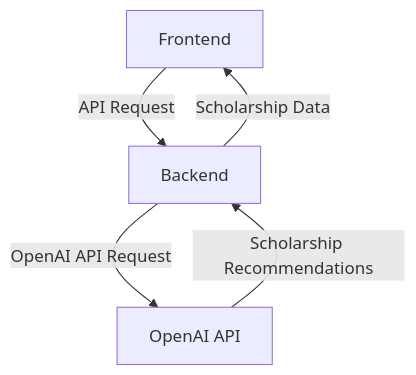
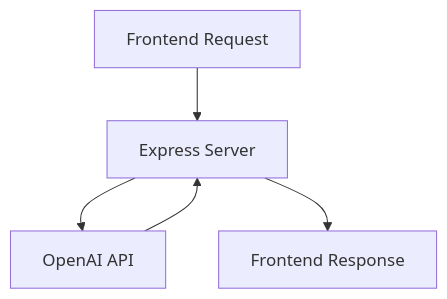
One commit to agattani123/Fast-Fa changed the third of 6 diagrams in wiki/Overview/Introduction.md. Above: the diagram before and after it, drawn with Mermaid. The commit also changed other lines of this file and 7 other files, not shown here.

````diff
--- a/wiki/Overview/Introduction.md
+++ b/wiki/Overview/Introduction.md
@@ -38,7 +50,7 @@
 ```mermaid
 graph TD
-    A[Frontend] -->|API Request| B[Backend]
-    B -->|OpenAI API Request| C[OpenAI API]
-    C -->|Scholarship Recommendations| B
-    B -->|Scholarship Data| A
+    FrontendRequest[Frontend Request] --> ExpressServer[Express Server]
+    ExpressServer --> OpenAIAPI[OpenAI API]
+    OpenAIAPI --> ExpressServer
+    ExpressServer --> FrontendResponse[Frontend Response]
 ```
````
